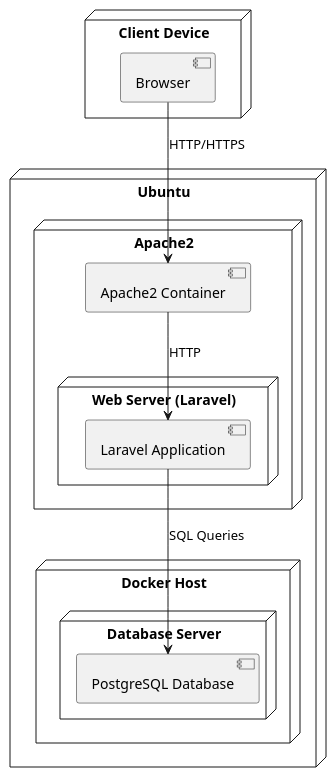
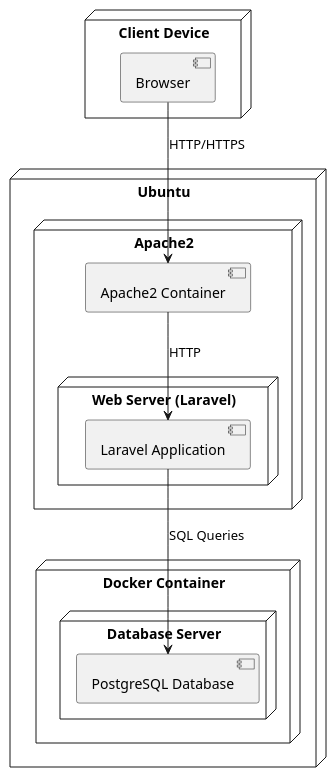
Before and after one commit to davidimannuel/uwika_collab_project: the diagram in docs/deployment_diagram.puml, drawn with PlantUML.

Commit message:
adjust deployment diagram

```diff
--- a/docs/deployment_diagram.puml
+++ b/docs/deployment_diagram.puml
@@ -1,25 +1,25 @@
 @startuml deployment
 node "Client Device" {
     [Browser]
 }
 
 node "Ubuntu" {
   node "Apache2" {
     [Apache2 Container]
     node "Web Server (Laravel)" {
         [Laravel Application]
     }
   }
 
-  node "Docker Host" {
+  node "Docker Container" {
     node "Database Server" {
         [PostgreSQL Database]
     }
 }
 
 }
 
 [Browser] --> [Apache2 Container]: HTTP/HTTPS
 [Apache2 Container] --> [Laravel Application]: HTTP
 [Laravel Application] --> [PostgreSQL Database]: SQL Queries
 @enduml
```
